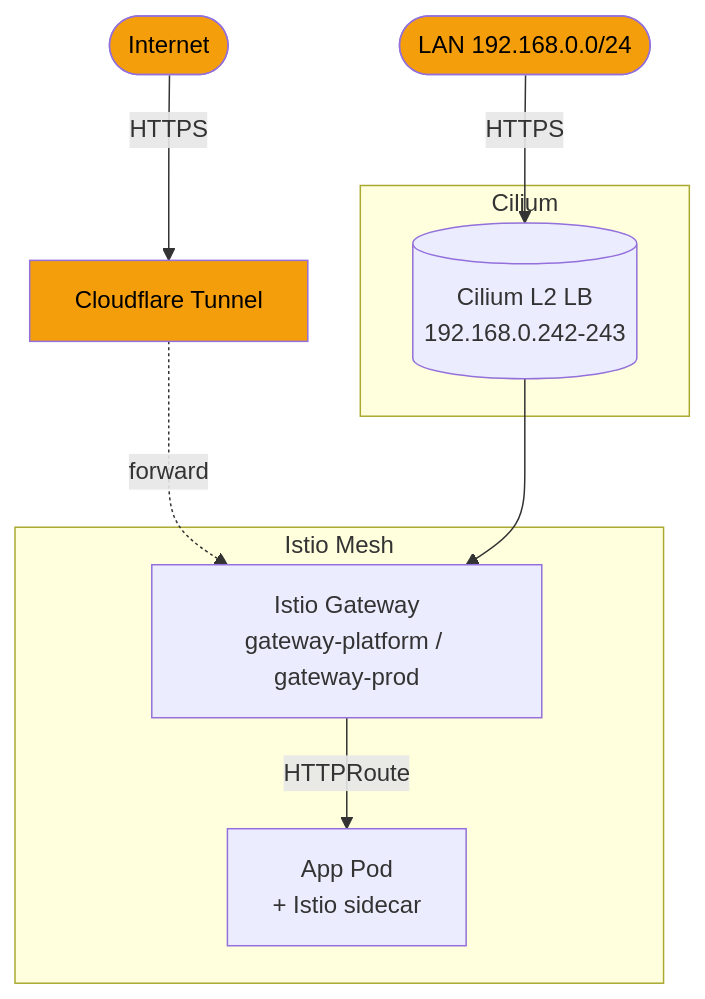
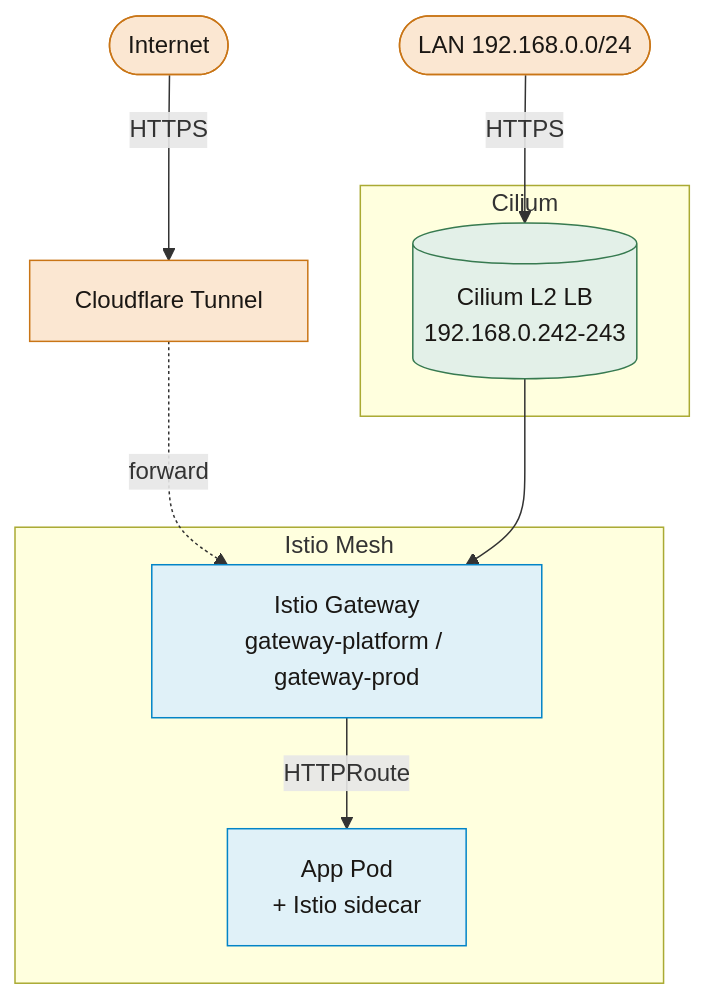
The second of 4 diagrams in kubernetes/network/README.md (yu-min3/kensan-lab), drawn with Mermaid before and after one commit. The commit also changed other lines of this file, not shown here.

Commit message:
docs(network): 設計思想(2エンジン×ZT)+役割分担図 追加・Whetstone配色で最終化

````diff
--- a/kubernetes/network/README.md
+++ b/kubernetes/network/README.md
@@ -19,21 +54,26 @@
 ```mermaid
 flowchart TB
     Internet([Internet]) -->|HTTPS| CF[Cloudflare Tunnel]
     CF -.->|forward| GW
 
     LAN([LAN 192.168.0.0/24]) -->|HTTPS| LB[(Cilium L2 LB<br/>192.168.0.242-243)]
     LB --> GW[Istio Gateway<br/>gateway-platform / gateway-prod]
 
     GW -->|HTTPRoute| App[App Pod<br/>+ Istio sidecar]
 
     subgraph Cilium
       LB
     end
     subgraph "Istio Mesh"
       GW
       App
     end
 
-    classDef ext fill:#f59e0b,color:#000
+    classDef default fill:#FCFAF6,stroke:#D2C9B5,color:#1A1714
+    classDef ext fill:#FBE7D2,stroke:#C97516,color:#1A1714
+    classDef l7 fill:#E0F1F8,stroke:#0284C7,color:#1A1714
+    classDef l34 fill:#E3F0E8,stroke:#377A50,color:#1A1714
     class Internet,LAN,CF ext
+    class GW,App l7
+    class LB l34
 ```
````
